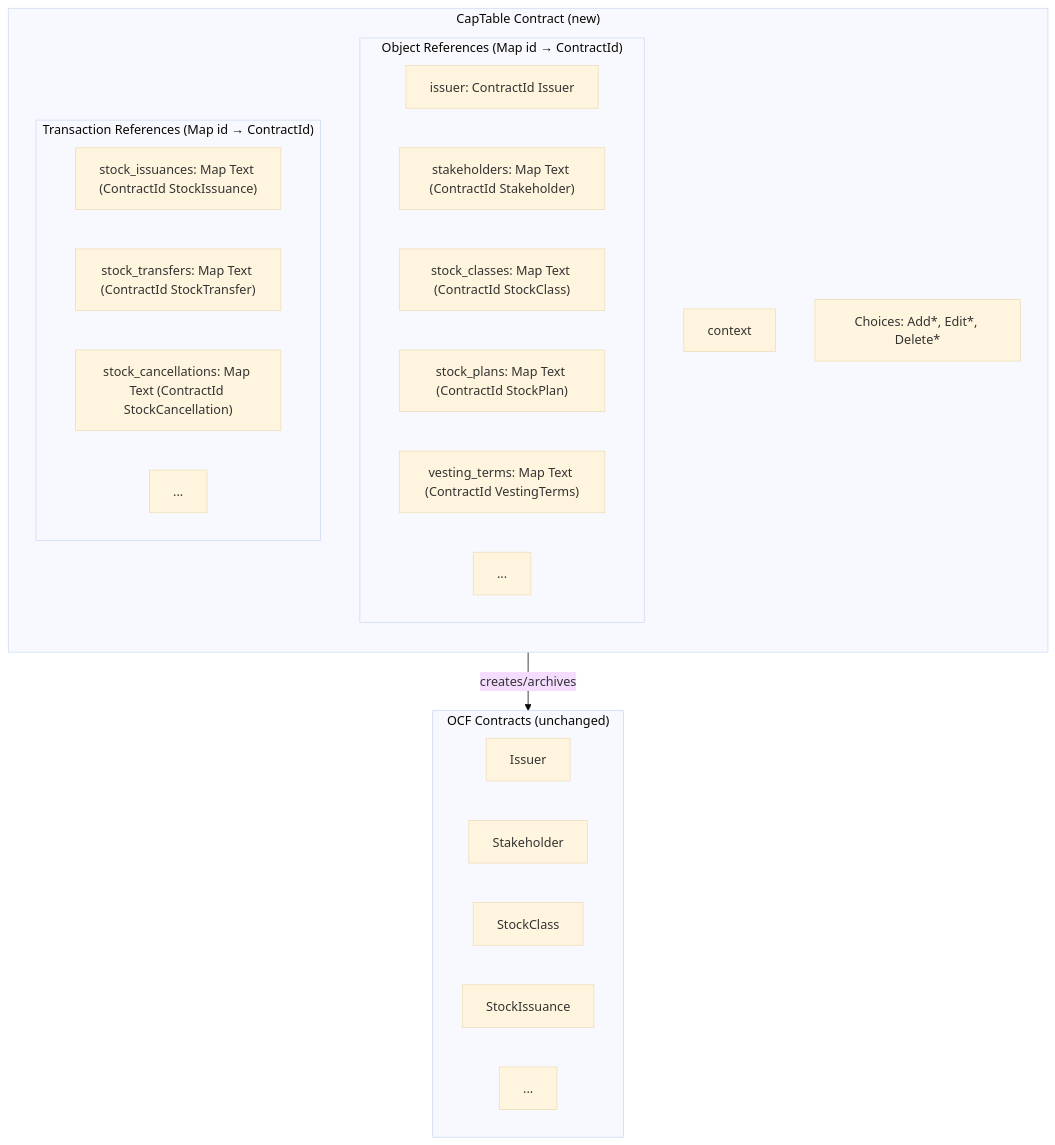
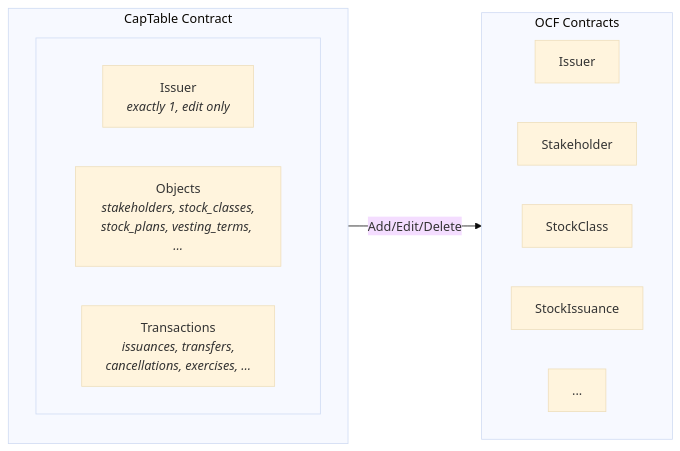
One commit to Fairmint/open-captable-protocol-daml changed the diagram in docs/adr/002-stateful-issuer-with-position-tracking.md. Above: the diagram before and after it, drawn with Mermaid (base theme). The commit also changed other lines of this file, not shown here.

Commit message:
ADR-002: Add reverse-reference indexes for delete validation (#84)

````diff
--- a/docs/adr/002-stateful-issuer-with-position-tracking.md
+++ b/docs/adr/002-stateful-issuer-with-position-tracking.md
@@ -47,35 +71,23 @@
 ```mermaid
-graph TB
-    subgraph CapTable["CapTable Contract (new)"]
+graph LR
+    subgraph CapTable["CapTable Contract"]
         direction TB
-        Meta["context"]
-
-        subgraph Objects["Object References (Map id → ContractId)"]
-            O0["issuer: ContractId Issuer"]
-            O1["stakeholders: Map Text (ContractId Stakeholder)"]
-            O2["stock_classes: Map Text (ContractId StockClass)"]
-            O3["stock_plans: Map Text (ContractId StockPlan)"]
-            O4["vesting_terms: Map Text (ContractId VestingTerms)"]
-            O5["..."]
+        subgraph " "
+            direction LR
+            Issuer["Issuer<br/><i>exactly 1, edit only</i>"]
+            Objects["Objects<br/><i>stakeholders, stock_classes,<br/>stock_plans, vesting_terms, ...</i>"]
+            Transactions["Transactions<br/><i>issuances, transfers,<br/>cancellations, exercises, ...</i>"]
         end
-
-        subgraph Transactions["Transaction References (Map id → ContractId)"]
-            T1["stock_issuances: Map Text (ContractId StockIssuance)"]
-            T2["stock_transfers: Map Text (ContractId StockTransfer)"]
-            T3["stock_cancellations: Map Text (ContractId StockCancellation)"]
-            T4["..."]
-        end
-
-        Choices["Choices: Add*, Edit*, Delete*"]
     end
 
-    CapTable -->|creates/archives| OCF["OCF Object Contracts"]
+    CapTable -->|"Add/Edit/Delete"| OCF
 
-    subgraph OCF["OCF Contracts (unchanged)"]
-        C0[Issuer]
-        C1[Stakeholder]
-        C2[StockClass]
-        C3[StockIssuance]
-        C4[...]
+    subgraph OCF["OCF Contracts"]
+        direction LR
+        C1[Issuer]
+        C2[Stakeholder]
+        C3[StockClass]
+        C4[StockIssuance]
+        C5[...]
     end
 ```
````
